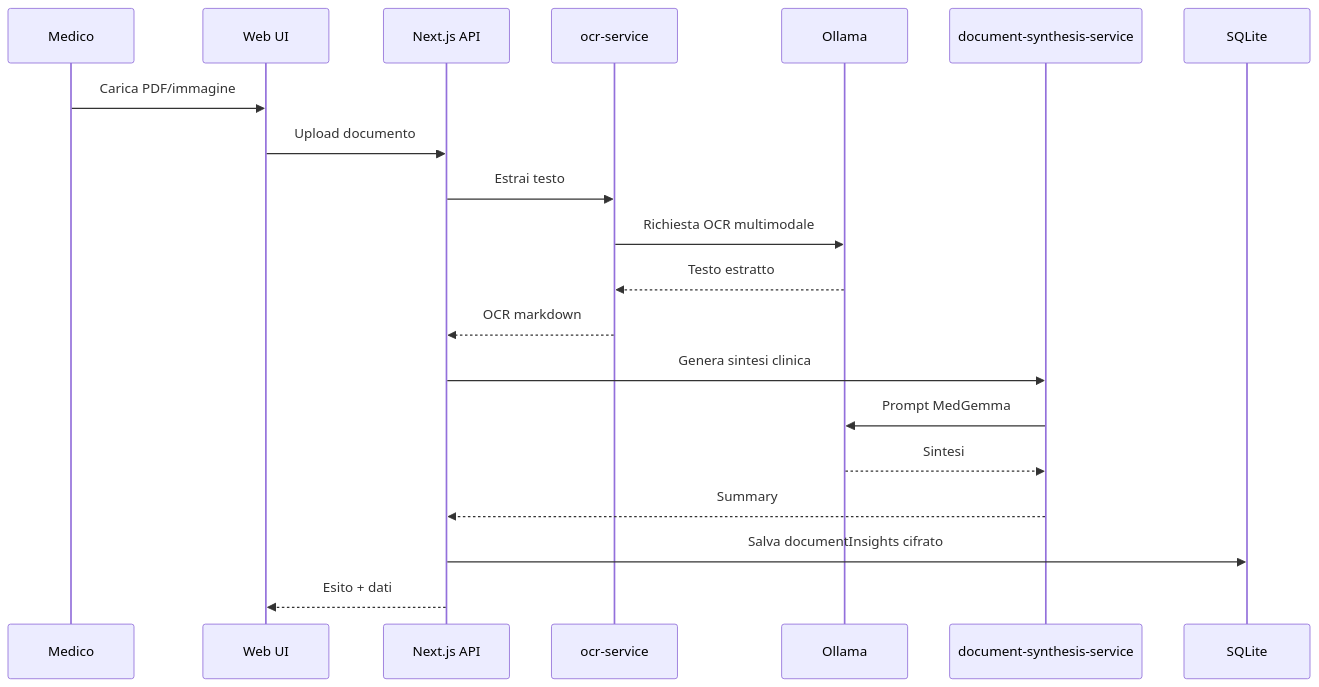
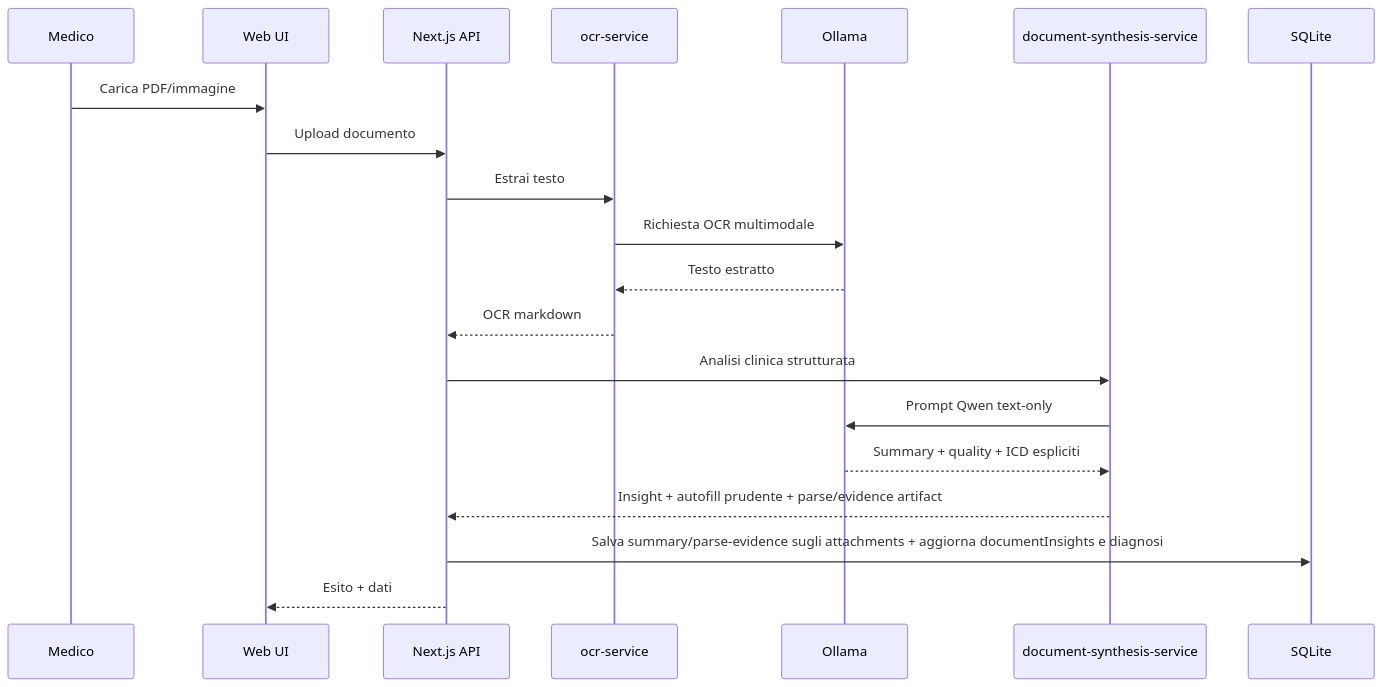
The seventh of 10 diagrams in docs/topologia-dati-flussi.md (Wulfgardr/mediflow), drawn with Mermaid before and after one commit. The commit also changed other lines of this file and 470 other files, not shown here.

````diff
--- a/docs/topologia-dati-flussi.md
+++ b/docs/topologia-dati-flussi.md
@@ -244,22 +268,22 @@
 ```mermaid
 sequenceDiagram
     participant Clinician as Medico
     participant UI as Web UI
     participant API as Next.js API
     participant OCR as ocr-service
     participant LLM as Ollama
     participant Synth as document-synthesis-service
     participant DB as SQLite
     Clinician->>UI: Carica PDF/immagine
     UI->>API: Upload documento
     API->>OCR: Estrai testo
     OCR->>LLM: Richiesta OCR multimodale
     LLM-->>OCR: Testo estratto
     OCR-->>API: OCR markdown
-    API->>Synth: Genera sintesi clinica
-    Synth->>LLM: Prompt MedGemma
-    LLM-->>Synth: Sintesi
-    Synth-->>API: Summary
-    API->>DB: Salva documentInsights cifrato
+    API->>Synth: Analisi clinica strutturata
+    Synth->>LLM: Prompt Qwen text-only
+    LLM-->>Synth: Summary + quality + ICD espliciti
+    Synth-->>API: Insight + autofill prudente + parse/evidence artifact
+    API->>DB: Salva summary/parse-evidence sugli attachments + aggiorna documentInsights e diagnosi
     API-->>UI: Esito + dati
 ```
````
